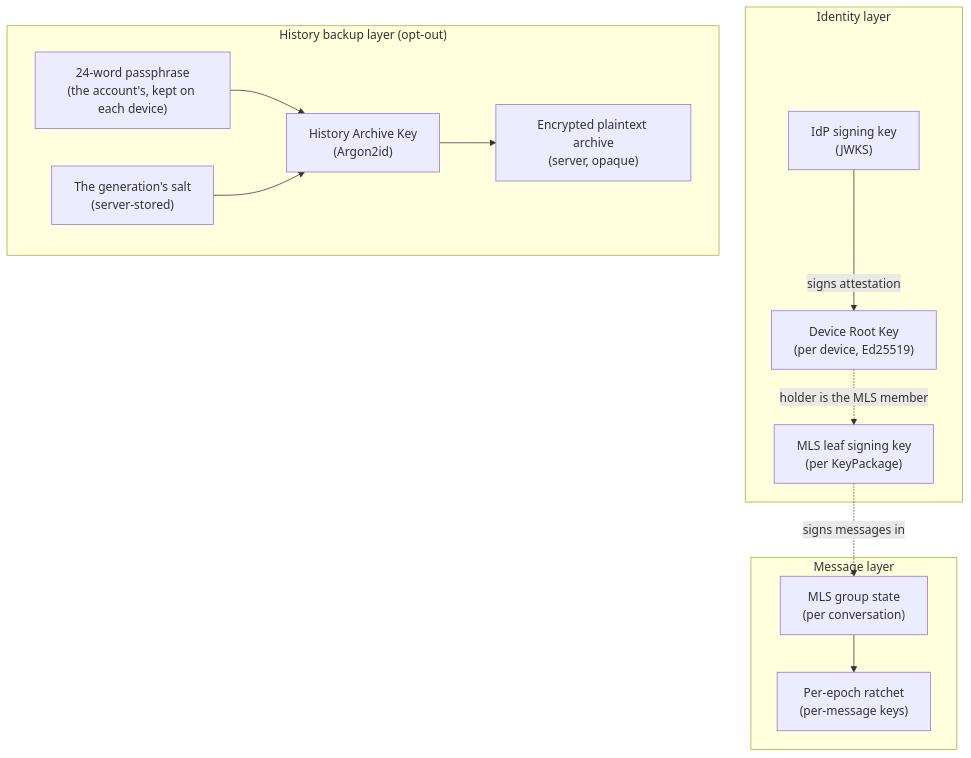
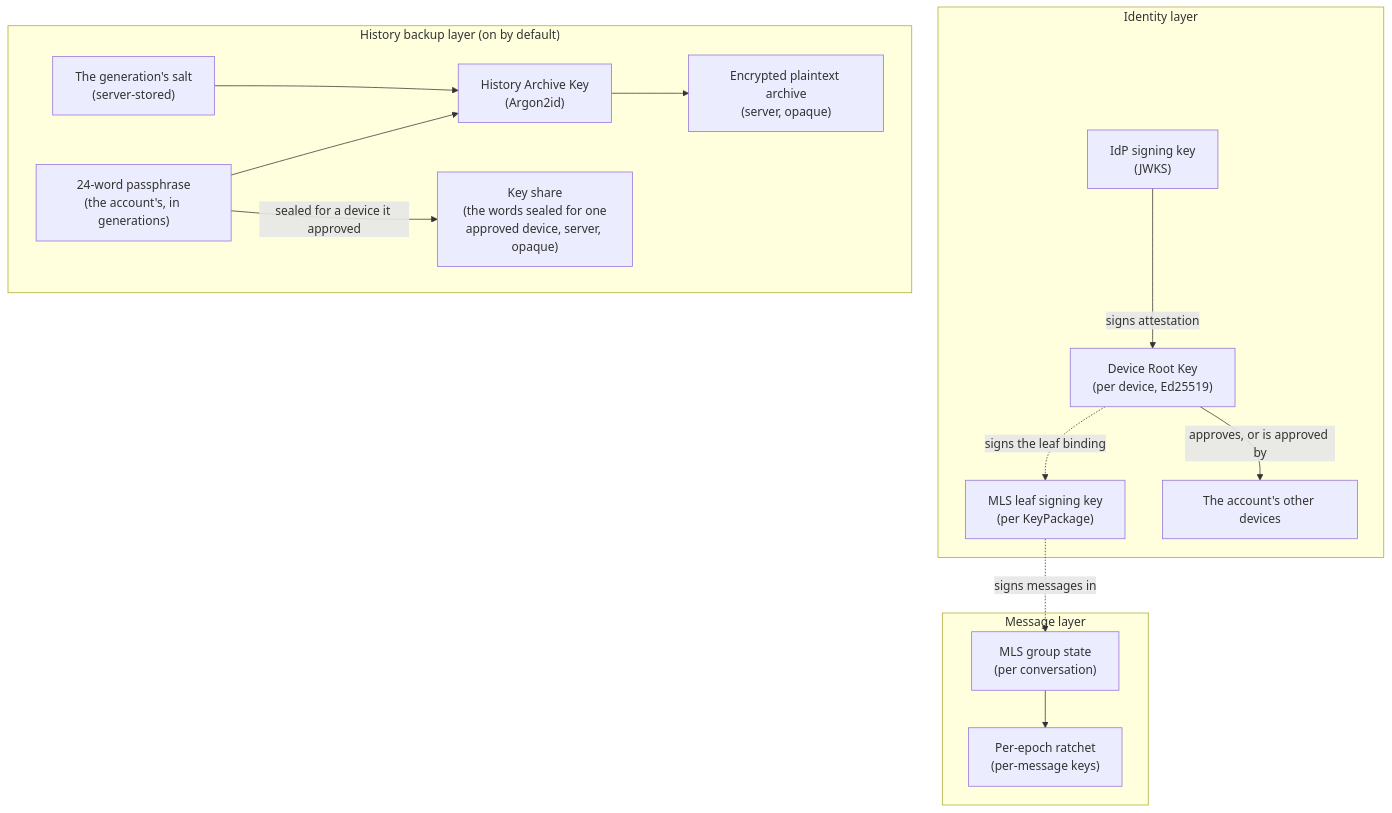
Before and after one commit to Pina-i/pinai: the first of 18 diagrams in identity-provider/specs/e2ee.md, drawn with Mermaid. The commit also changed other lines of this file and 42 other files, not shown here.

````diff
--- a/identity-provider/specs/e2ee.md
+++ b/identity-provider/specs/e2ee.md
@@ -35,25 +45,29 @@
 ```mermaid
 flowchart TB
     subgraph identity ["Identity layer"]
         IdP["IdP signing key<br/>(JWKS)"]
         DRK["Device Root Key<br/>(per device, Ed25519)"]
         Leaf["MLS leaf signing key<br/>(per KeyPackage)"]
+        Others["The account's other devices"]
         IdP -->|signs attestation| DRK
-        DRK -.->|holder is the MLS member| Leaf
+        DRK -.->|signs the leaf binding| Leaf
+        DRK -->|approves, or is approved by| Others
     end
     subgraph message ["Message layer"]
         MLS["MLS group state<br/>(per conversation)"]
         Ratchet["Per-epoch ratchet<br/>(per-message keys)"]
         MLS --> Ratchet
     end
-    subgraph history ["History backup layer (opt-out)"]
-        Pass["24-word passphrase<br/>(the account's, kept on each device)"]
+    subgraph history ["History backup layer (on by default)"]
+        Pass["24-word passphrase<br/>(the account's, in generations)"]
         Salt["The generation's salt<br/>(server-stored)"]
         HAK["History Archive Key<br/>(Argon2id)"]
         Archive["Encrypted plaintext archive<br/>(server, opaque)"]
+        Share["Key share<br/>(the words sealed for one<br/>approved device, server, opaque)"]
         Pass --> HAK
         Salt --> HAK
         HAK --> Archive
+        Pass -->|sealed for a device it approved| Share
     end
     Leaf -.->|signs messages in| MLS
 ```
````
